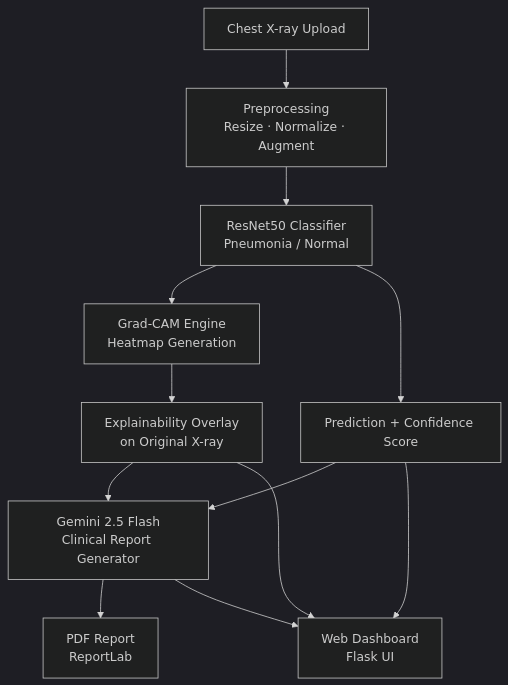
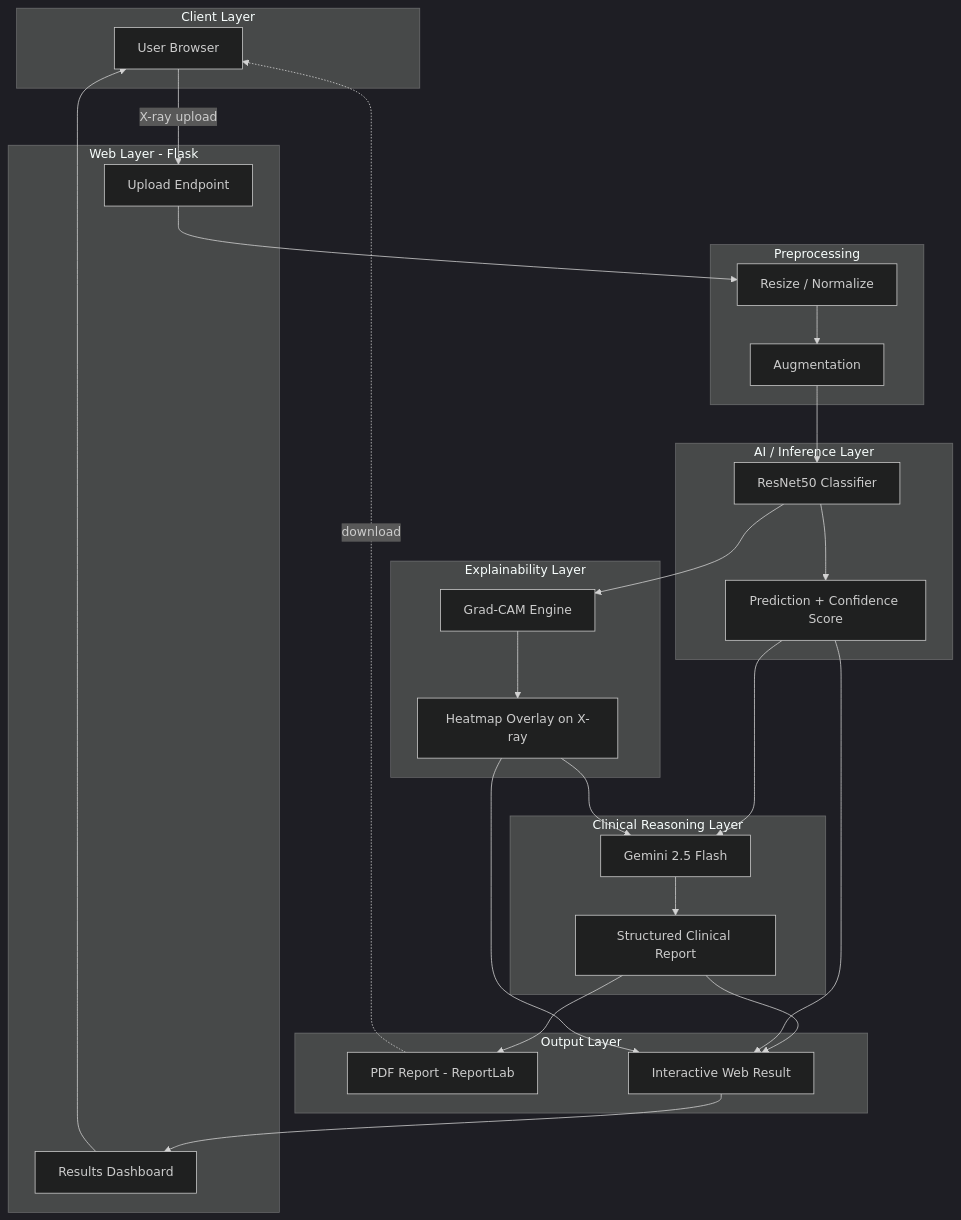
Before and after one commit to Biswajitpa/PNEUMONIA.AI: the diagram in README.md, drawn with Mermaid (dark theme). The commit also changed other lines of this file, not shown here.

````diff
--- a/README.md
+++ b/README.md
@@ -44,14 +44,50 @@
 ```mermaid
 flowchart TD
-    A[Chest X-ray Upload] --> B[Preprocessing<br/>Resize · Normalize · Augment]
-    B --> C[ResNet50 Classifier<br/>Pneumonia / Normal]
-    C --> D[Grad-CAM Engine<br/>Heatmap Generation]
-    C --> E[Prediction + Confidence Score]
-    D --> F[Explainability Overlay<br/>on Original X-ray]
-    E --> G[Gemini 2.5 Flash<br/>Clinical Report Generator]
-    F --> G
-    G --> H[PDF Report<br/>ReportLab]
-    E --> I[Web Dashboard<br/>Flask UI]
-    F --> I
-    G --> I
+    subgraph Client["Client Layer"]
+        U[User Browser]
+    end
+
+    subgraph Web["Web Layer - Flask"]
+        UP[Upload Endpoint]
+        DASH[Results Dashboard]
+    end
+
+    subgraph Preprocess["Preprocessing"]
+        RESIZE[Resize / Normalize]
+        AUG[Augmentation]
+    end
+
+    subgraph AI["AI / Inference Layer"]
+        CNN[ResNet50 Classifier]
+        CONF[Prediction + Confidence Score]
+    end
+
+    subgraph XAI["Explainability Layer"]
+        GC[Grad-CAM Engine]
+        OVERLAY[Heatmap Overlay on X-ray]
+    end
+
+    subgraph LLM["Clinical Reasoning Layer"]
+        GEMINI[Gemini 2.5 Flash]
+        REPORT[Structured Clinical Report]
+    end
+
+    subgraph Output["Output Layer"]
+        PDF[PDF Report - ReportLab]
+        UI[Interactive Web Result]
+    end
+
+    U -->|X-ray upload| UP
+    UP --> RESIZE --> AUG --> CNN
+    CNN --> CONF
+    CNN --> GC --> OVERLAY
+    CONF --> GEMINI
+    OVERLAY --> GEMINI
+    GEMINI --> REPORT
+    REPORT --> PDF
+    REPORT --> UI
+    CONF --> UI
+    OVERLAY --> UI
+    UI --> DASH --> U
+    PDF -.->|download| U
 ```
````
